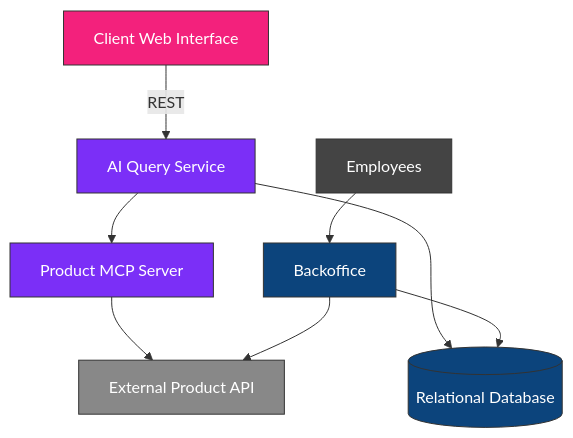
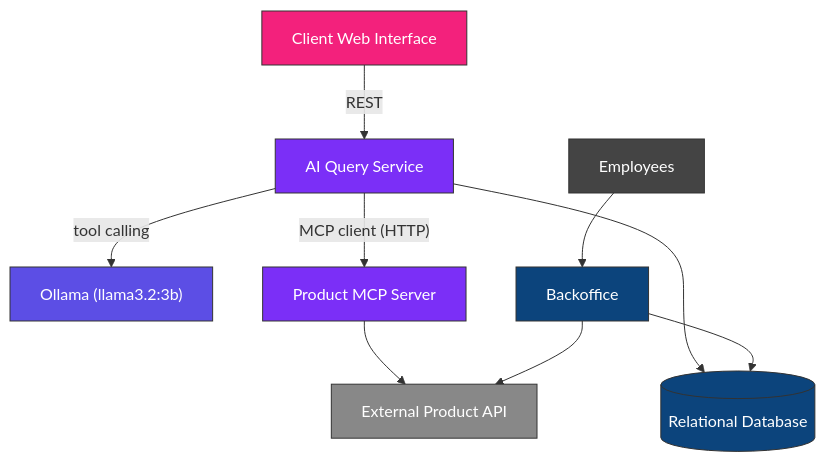
Before and after one commit to Lunaruo/hbntory-inventory-platform: the first of 2 diagrams in inventory-management-system/docs/architecture.md, drawn with Mermaid. The commit also changed other lines of this file, not shown here.

Commit message:
Update architecture doc to reflect real Ollama agent and MCP HTTP client

````diff
--- a/inventory-management-system/docs/architecture.md
+++ b/inventory-management-system/docs/architecture.md
@@ -123,19 +125,21 @@
 ```mermaid
 flowchart TB
     Client["Client Web Interface"] -->|"REST"| AIService["AI Query Service"]
-    AIService --> MCP["Product MCP Server"]
+    AIService -->|"tool calling"| Ollama["Ollama (llama3.2:3b)"]
+    AIService -->|"MCP client (HTTP)"| MCP["Product MCP Server"]
     AIService --> DB[("Relational Database")]
     MCP --> API["External Product API"]
 
     Employees["Employees"] --> Backoffice["Backoffice"]
     Backoffice --> DB
     Backoffice --> API
 
     style Client fill:#F3217C,color:#fff,stroke:#333
     style AIService fill:#7B2FF7,color:#fff,stroke:#333
+    style Ollama fill:#5C4EE5,color:#fff,stroke:#333
     style MCP fill:#7B2FF7,color:#fff,stroke:#333
     style API fill:#888,color:#fff,stroke:#333
     style DB fill:#0C447C,color:#fff,stroke:#333
     style Backoffice fill:#0C447C,color:#fff,stroke:#333
     style Employees fill:#444,color:#fff,stroke:#333
 ```
````
